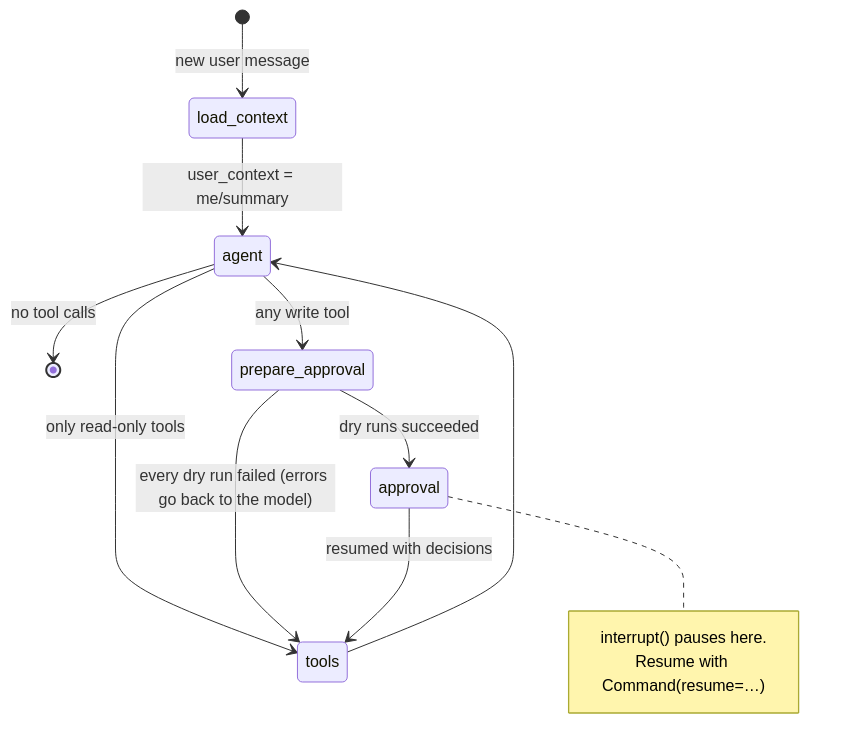
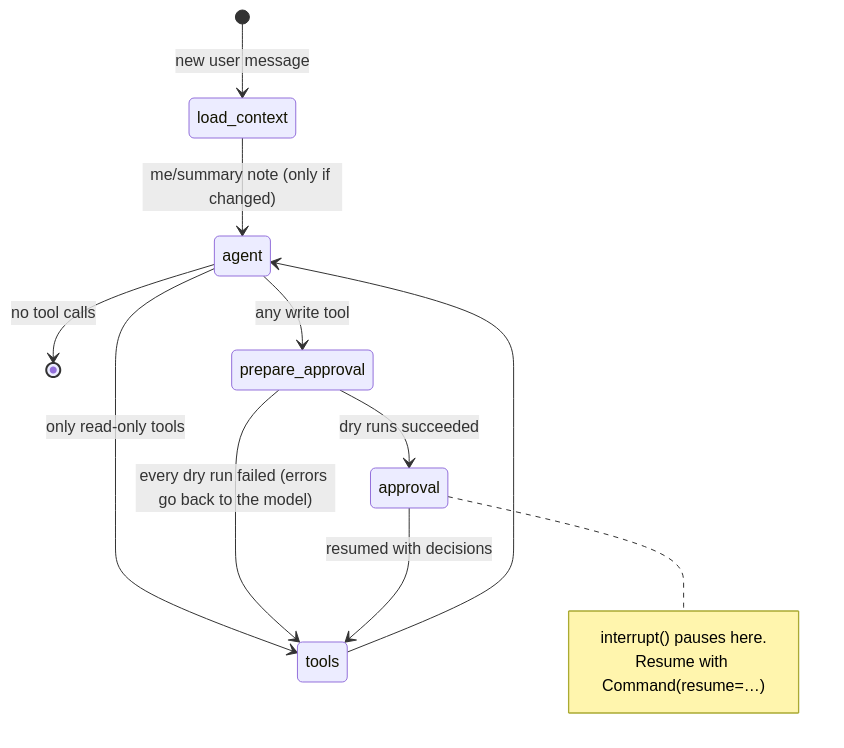
The third of 4 diagrams in docs/ARCHITECTURE.md (sunilsamsonsuresh/myshare), drawn with Mermaid before and after one commit. The commit also changed other lines of this file and 18 other files, not shown here.

````diff
--- a/docs/ARCHITECTURE.md
+++ b/docs/ARCHITECTURE.md
@@ -89,13 +89,13 @@
 ```mermaid
 stateDiagram-v2
     [*] --> load_context: new user message
-    load_context --> agent: user_context = me/summary
+    load_context --> agent: me/summary note (only if changed)
     agent --> [*]: no tool calls
     agent --> tools: only read-only tools
     agent --> prepare_approval: any write tool
     prepare_approval --> approval: dry runs succeeded
     prepare_approval --> tools: every dry run failed (errors go back to the model)
     approval --> tools: resumed with decisions
     tools --> agent
     note right of approval: interrupt() pauses here.<br/>Resume with Command(resume=…)
 ```
````
